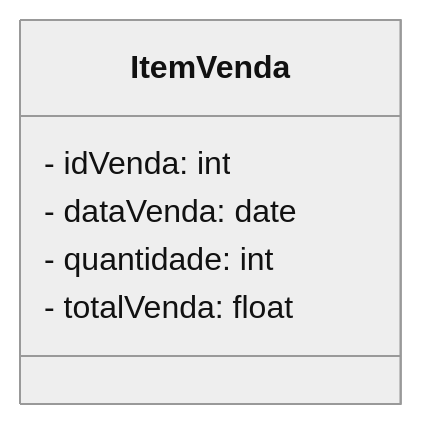
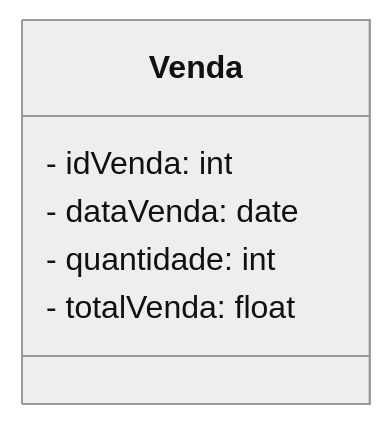
One commit to MTECHDevelopment/poojavaceub-grupo-3 changed the diagram in Venda.md. Above: the diagram before and after it, drawn with Mermaid (neutral theme).

Commit message:
Renomeando classe para Venda

````diff
--- a/Venda.md
+++ b/Venda.md
@@ -1,9 +1,9 @@
 ```mermaid
 classDiagram
-   class ItemVenda {
+   class Venda {
       - idVenda: int
       - dataVenda: date
       - quantidade: int
       - totalVenda: float
 }
 ```
````
